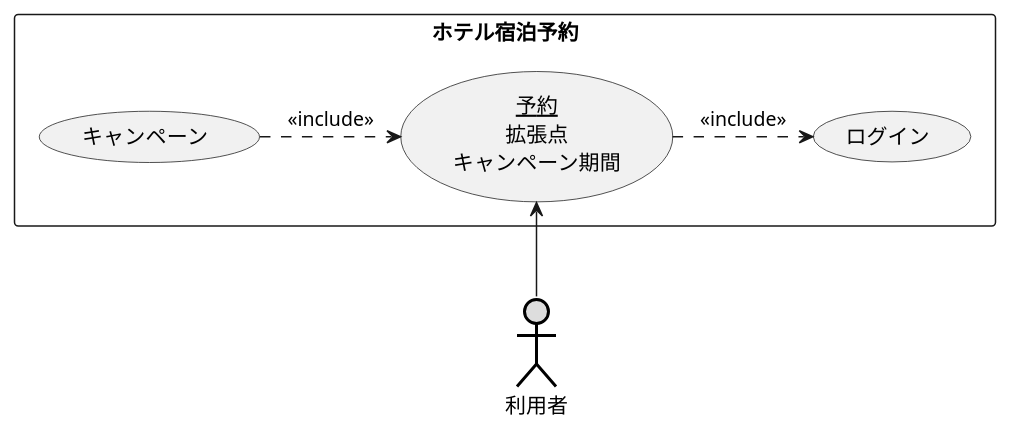
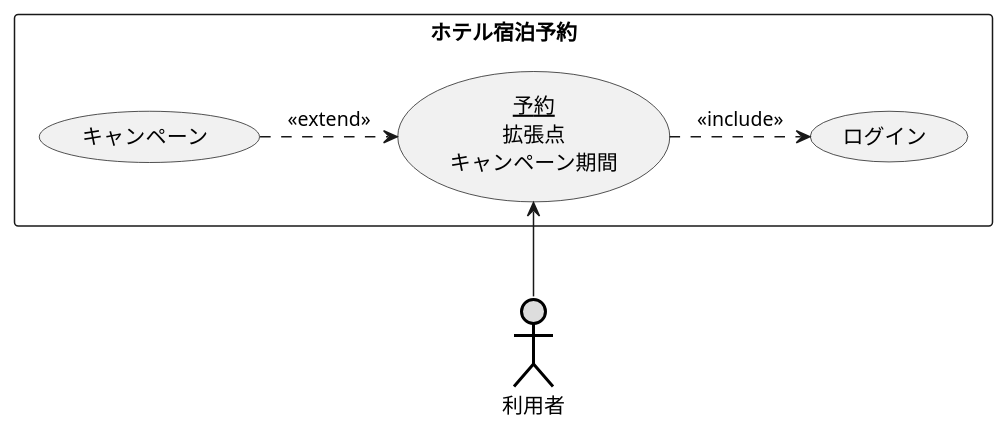
Before and after one commit to Ragamn/uml-introduction: the diagram in 演習2-4_キャンペーン中のホテル宿泊予約.pu, drawn with PlantUML.

Commit message:
修正

```diff
--- a/演習2-4_キャンペーン中のホテル宿泊予約.pu
+++ b/演習2-4_キャンペーン中のホテル宿泊予約.pu
@@ -1,11 +1,11 @@
 @startuml 演習2-3
 actor 利用者 #DDDDDD;line:black;line.bold;
 rectangle ホテル宿泊予約{
 usecase ログイン
 usecase キャンペーン
 usecase (<u>予約</u>\n拡張点\nキャンペーン期間) as input
 }
 input <-- 利用者
-キャンペーン .> input: << include >>
+キャンペーン .> input: << extend >>
 input .> ログイン: << include >>
 @enduml
```
